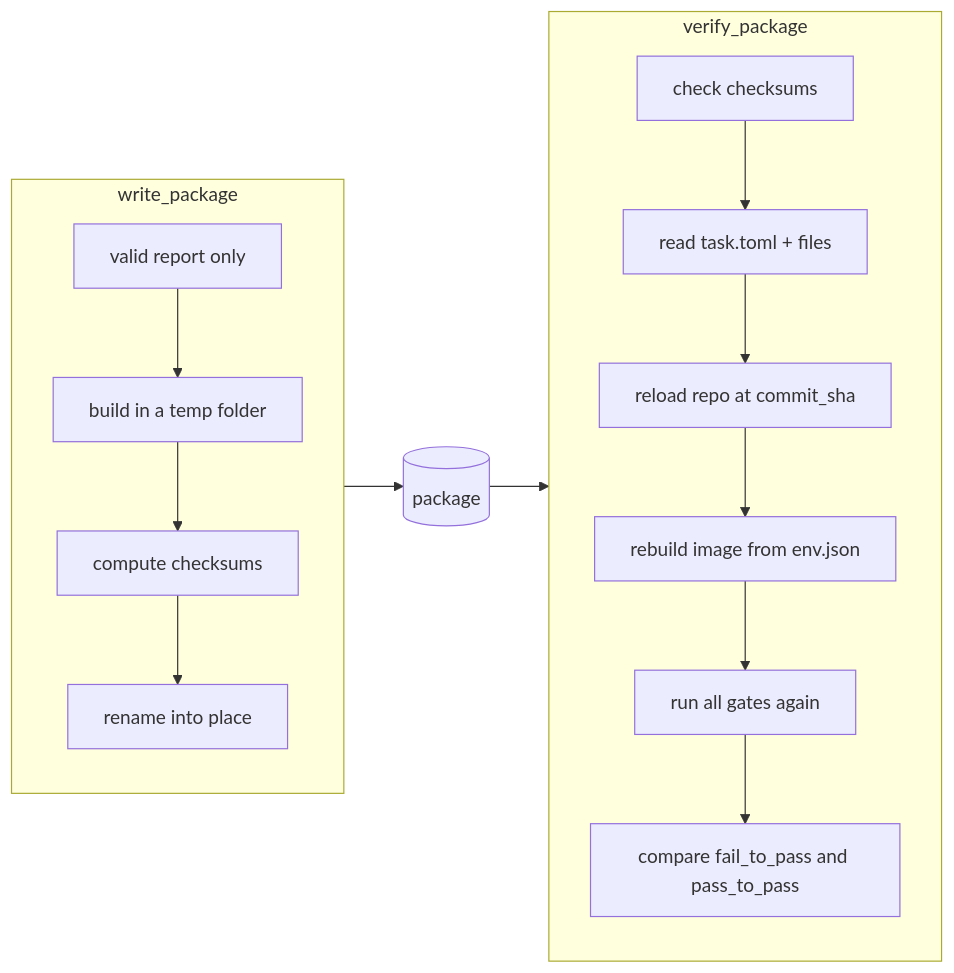
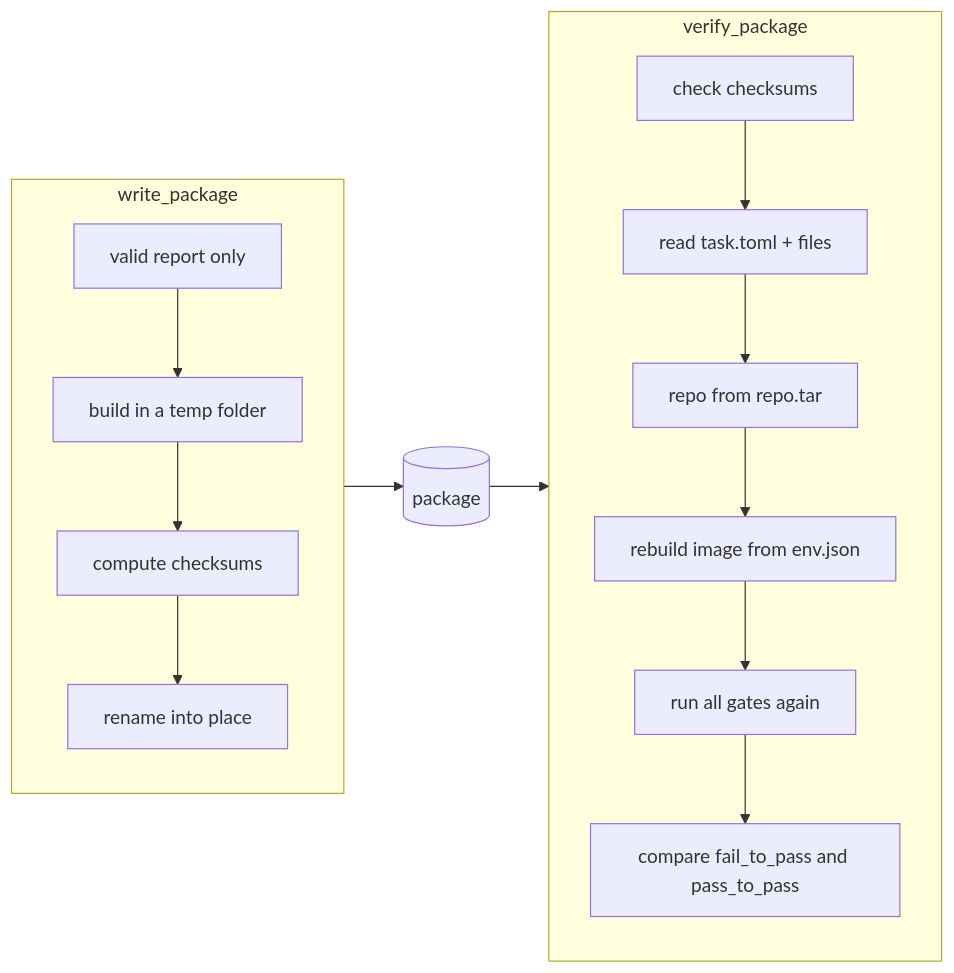
Before and after one commit to sreenivasivbieb/task-factory: the ninth of 14 diagrams in docs/design.md, drawn with Mermaid. The commit also changed other lines of this file and 27 other files, not shown here.

````diff
--- a/docs/design.md
+++ b/docs/design.md
@@ -576,10 +606,10 @@
 ```mermaid
 flowchart LR
     subgraph write["write_package"]
         W1[valid report only] --> W2[build in a temp folder] --> W3[compute checksums] --> W4[rename into place]
     end
     subgraph verify["verify_package"]
-        V1[check checksums] --> V2[read task.toml + files] --> V3[reload repo at commit_sha] --> V4[rebuild image from env.json] --> V5[run all gates again] --> V6[compare fail_to_pass and pass_to_pass]
+        V1[check checksums] --> V2[read task.toml + files] --> V3[repo from repo.tar] --> V4[rebuild image from env.json] --> V5[run all gates again] --> V6[compare fail_to_pass and pass_to_pass]
     end
     write --> PKG[(package)] --> verify
 ```
````
